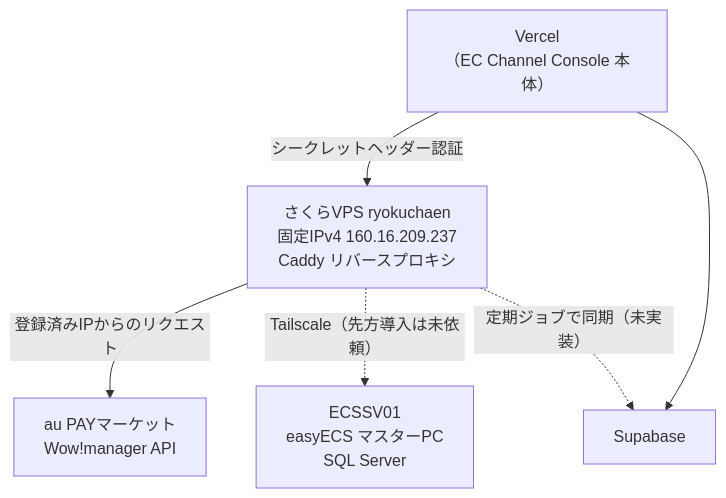
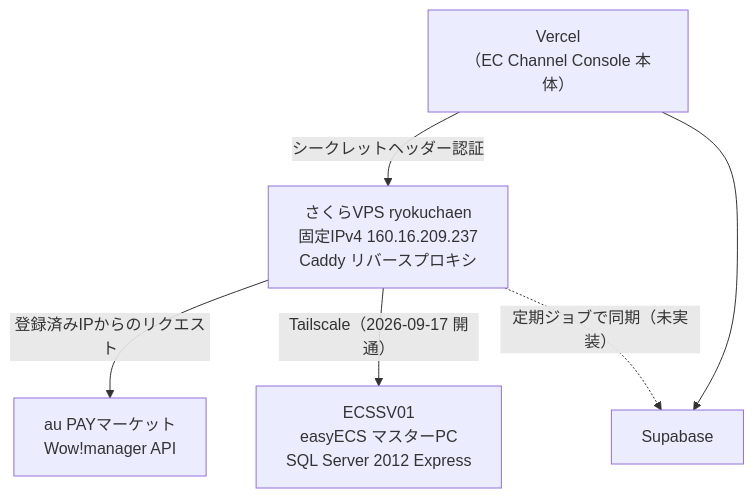
Before and after one commit to CHOISC1208/obisidian: the first of 2 diagrams in 03_freelance/03-03_緑茶園/案件/EC Channel Console/EC Channel Console - さくらVPS（ryokuchaen）.md, drawn with Mermaid. The commit also changed other lines of this file and 3 other files, not shown here.

Commit message:
緑茶園: easyECS SQL Server への Tailscale 経路開通と読み取り専用ログイン作成を反映

````diff
--- a/03_freelance/03-03_緑茶園/案件/EC Channel Console/EC Channel Console - さくらVPS（ryokuchaen）.md
+++ b/03_freelance/03-03_緑茶園/案件/EC Channel Console/EC Channel Console - さくらVPS（ryokuchaen）.md
@@ -32,8 +32,8 @@
 ```mermaid
 flowchart TD
   V["Vercel<br/>（EC Channel Console 本体）"] -->|"シークレットヘッダー認証"| P
   P["さくらVPS ryokuchaen<br/>固定IPv4 160.16.209.237<br/>Caddy リバースプロキシ"] -->|"登録済みIPからのリクエスト"| AU["au PAYマーケット<br/>Wow!manager API"]
-  P -.->|"Tailscale（先方導入は未依頼）"| ECS["ECSSV01<br/>easyECS マスターPC<br/>SQL Server"]
+  P -->|"Tailscale（2026-09-17 開通）"| ECS["ECSSV01<br/>easyECS マスターPC<br/>SQL Server 2012 Express"]
   P -.->|"定期ジョブで同期（未実装）"| SB["Supabase"]
   V --> SB
 ```
````
